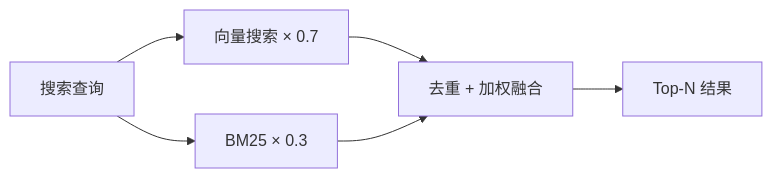
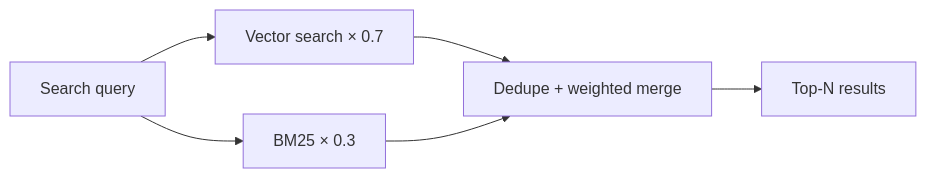
One commit to codingwatching/ReMe changed the fourth of 5 diagrams in README.md. Above: the diagram before and after it, drawn with Mermaid. The commit also changed other lines of this file and 2 other files, not shown here.

````diff
--- a/README.md
+++ b/README.md
@@ -172,8 +430,8 @@
 ```mermaid
 graph LR
-    Q[搜索查询] --> V[向量搜索 × 0.7]
+    Q[Search query] --> V[Vector search × 0.7]
 Q --> B[BM25 × 0.3]
-V --> M[去重 + 加权融合]
+V --> M[Dedupe + weighted merge]
 B --> M
-M --> R[Top-N 结果]
+M --> R[Top-N results]
 ```
````
